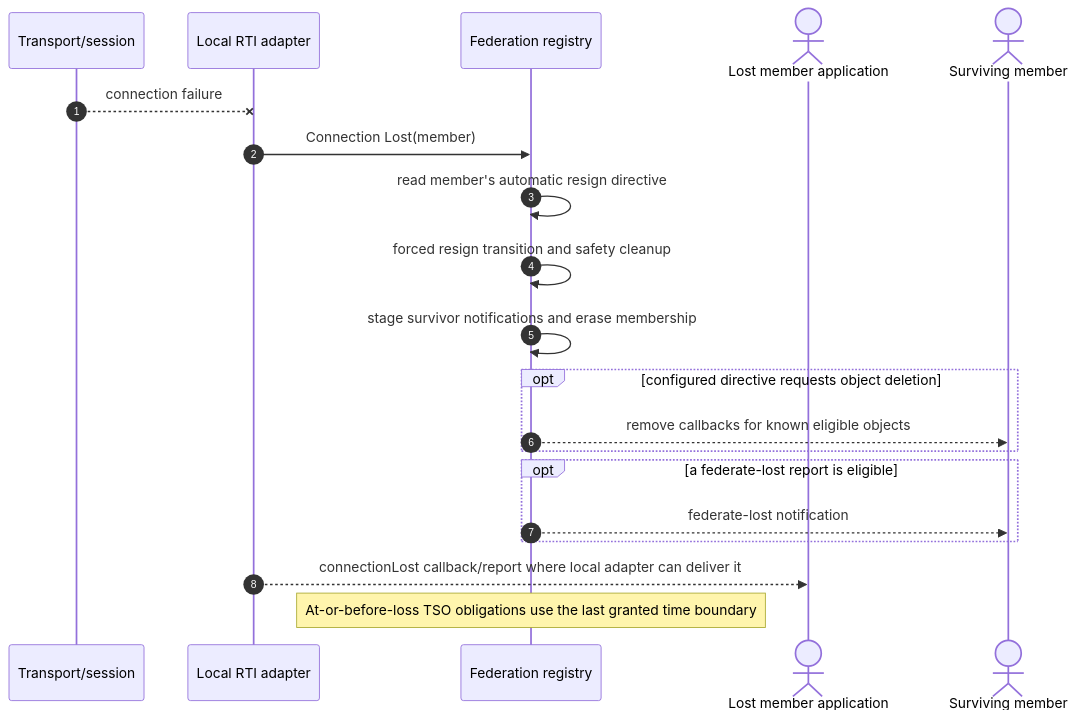
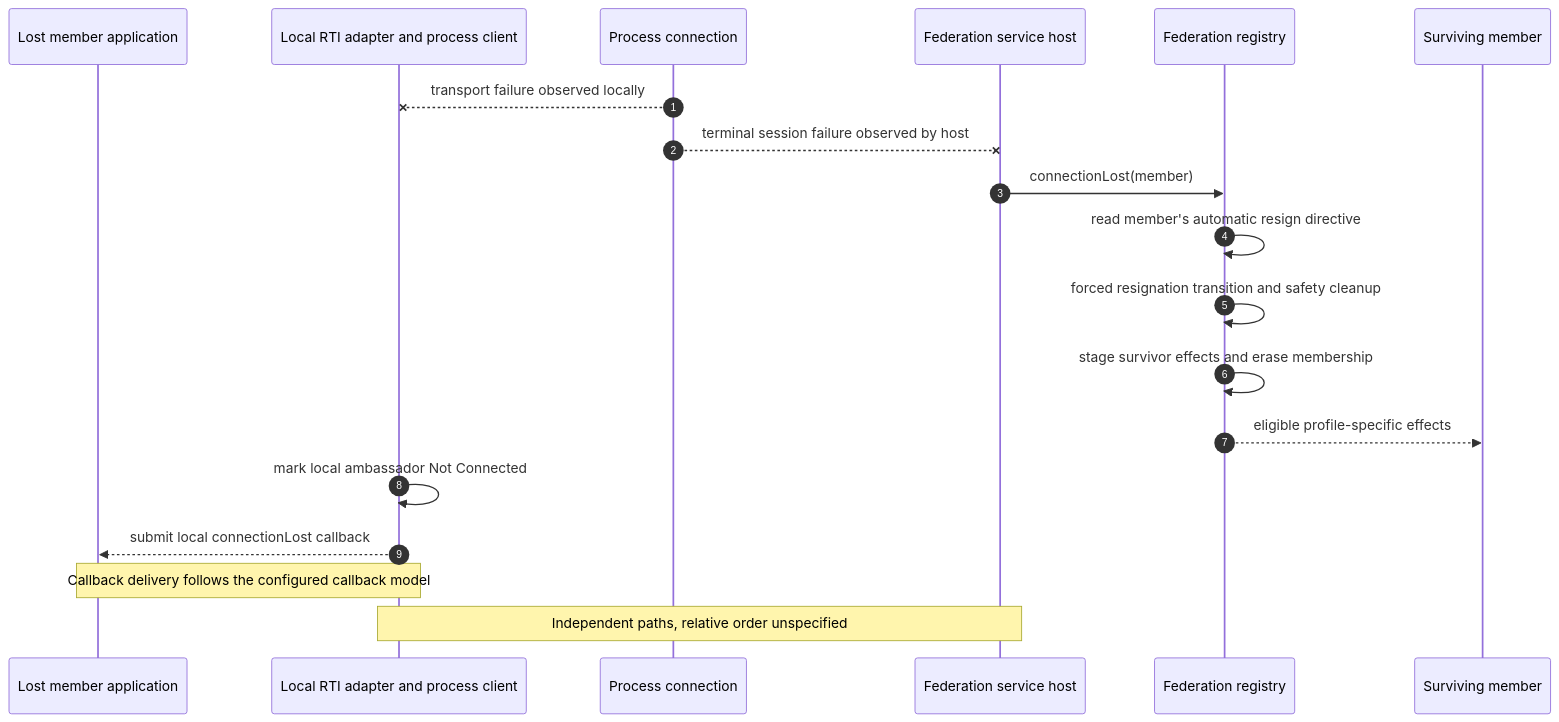
Diagram 25 of 31 in docs/design/HLA-2025-FEDERATION-AND-FEDERATE-LIFECYCLE-FLOW-GUIDE.md (sheepfling/umbra), drawn with Mermaid before and after one commit. The commit also changed other lines of this file and 39 other files, not shown here.

Commit message:
Document IEEE 1516.1-2025 behavior flows

````diff
--- a/docs/design/HLA-2025-FEDERATION-AND-FEDERATE-LIFECYCLE-FLOW-GUIDE.md
+++ b/docs/design/HLA-2025-FEDERATION-AND-FEDERATE-LIFECYCLE-FLOW-GUIDE.md
@@ -706,23 +1666,22 @@
 ```mermaid
 sequenceDiagram
   autonumber
-  participant Transport as Transport/session
-  participant RTI as Local RTI adapter
+  participant Lost as Lost member application
+  participant Client as Local RTI adapter and process client
+  participant Socket as Process connection
+  participant Host as Federation service host
   participant Registry as Federation registry
-  actor Lost as Lost member application
-  actor Peer as Surviving member
+  participant Peer as Surviving member
 
-  Transport--xRTI: connection failure
-  RTI->>Registry: Connection Lost(member)
+  Socket--xClient: transport failure observed locally
+  Socket--xHost: terminal session failure observed by host
+  Host->>Registry: connectionLost(member)
   Registry->>Registry: read member's automatic resign directive
-  Registry->>Registry: forced resign transition and safety cleanup
-  Registry->>Registry: stage survivor notifications and erase membership
-  opt configured directive requests object deletion
-    Registry-->>Peer: remove callbacks for known eligible objects
-  end
-  opt a federate-lost report is eligible
-    Registry-->>Peer: federate-lost notification
-  end
-  RTI-->>Lost: connectionLost callback/report where local adapter can deliver it
-  Note over Registry: At-or-before-loss TSO obligations use the last granted time boundary
+  Registry->>Registry: forced resignation transition and safety cleanup
+  Registry->>Registry: stage survivor effects and erase membership
+  Registry-->>Peer: eligible profile-specific effects
+  Client->>Client: mark local ambassador Not Connected
+  Client-->>Lost: submit local connectionLost callback
+  Note over Client,Lost: Callback delivery follows the configured callback model
+  Note over Host,Client: Independent paths, relative order unspecified
 ```
````
